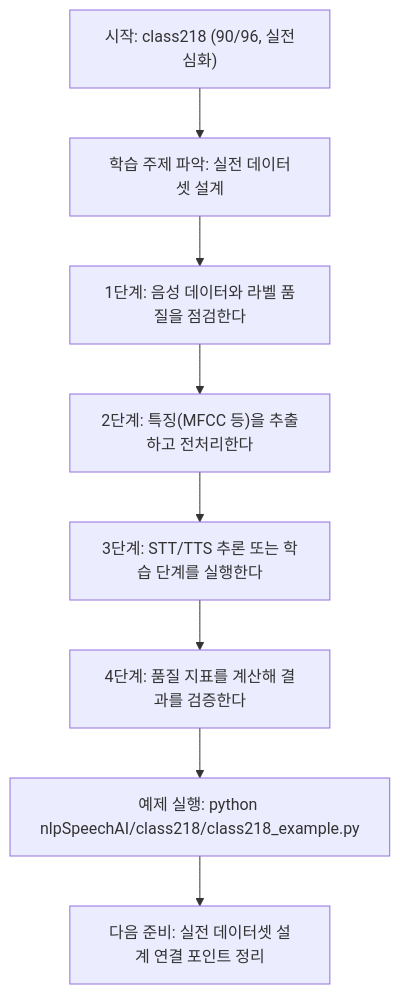
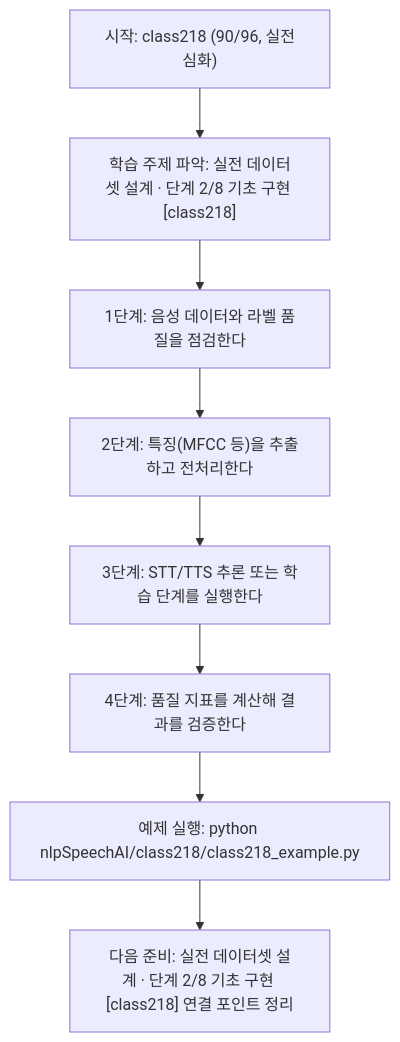
The diagram in nlpSpeechAI/class218/class218.md (edumgt/Python-AI_Agent-Class), drawn with Mermaid before and after one commit. The commit also changed other lines of this file and 522 other files, not shown here.

````diff
--- a/nlpSpeechAI/class218/class218.md
+++ b/nlpSpeechAI/class218/class218.md
@@ -113,18 +114,18 @@
 ```mermaid
 flowchart TD
 N1["시작: class218 (90/96, 실전심화)"]
-N2["학습 주제 파악: 실전 데이터셋 설계"]
+N2["학습 주제 파악: 실전 데이터셋 설계 · 단계 2/8 기초 구현 [class218]"]
 N3["1단계: 음성 데이터와 라벨 품질을 점검한다"]
 N4["2단계: 특징(MFCC 등)을 추출하고 전처리한다"]
 N5["3단계: STT/TTS 추론 또는 학습 단계를 실행한다"]
 N6["4단계: 품질 지표를 계산해 결과를 검증한다"]
 N7["예제 실행: python nlpSpeechAI/class218/class218_example.py"]
-N8["다음 준비: 실전 데이터셋 설계 연결 포인트 정리"]
+N8["다음 준비: 실전 데이터셋 설계 · 단계 2/8 기초 구현 [class218] 연결 포인트 정리"]
 N1 --> N2
 N2 --> N3
 N3 --> N4
 N4 --> N5
 N5 --> N6
 N6 --> N7
 N7 --> N8
 ```
````
